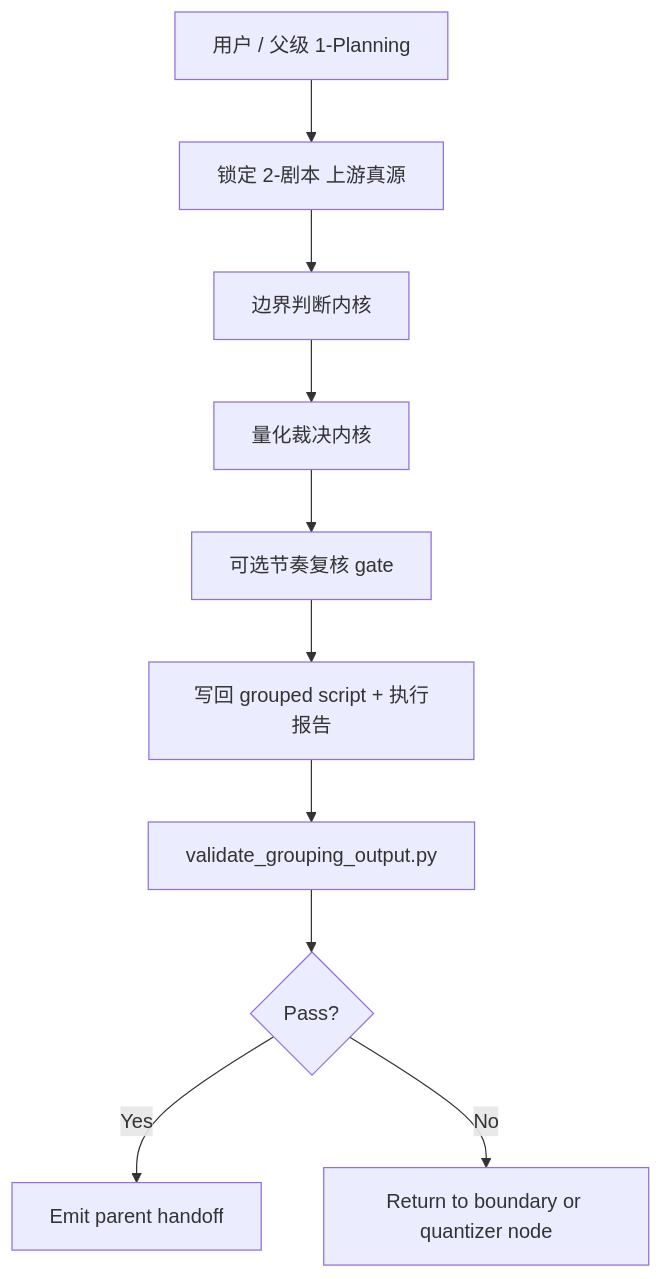
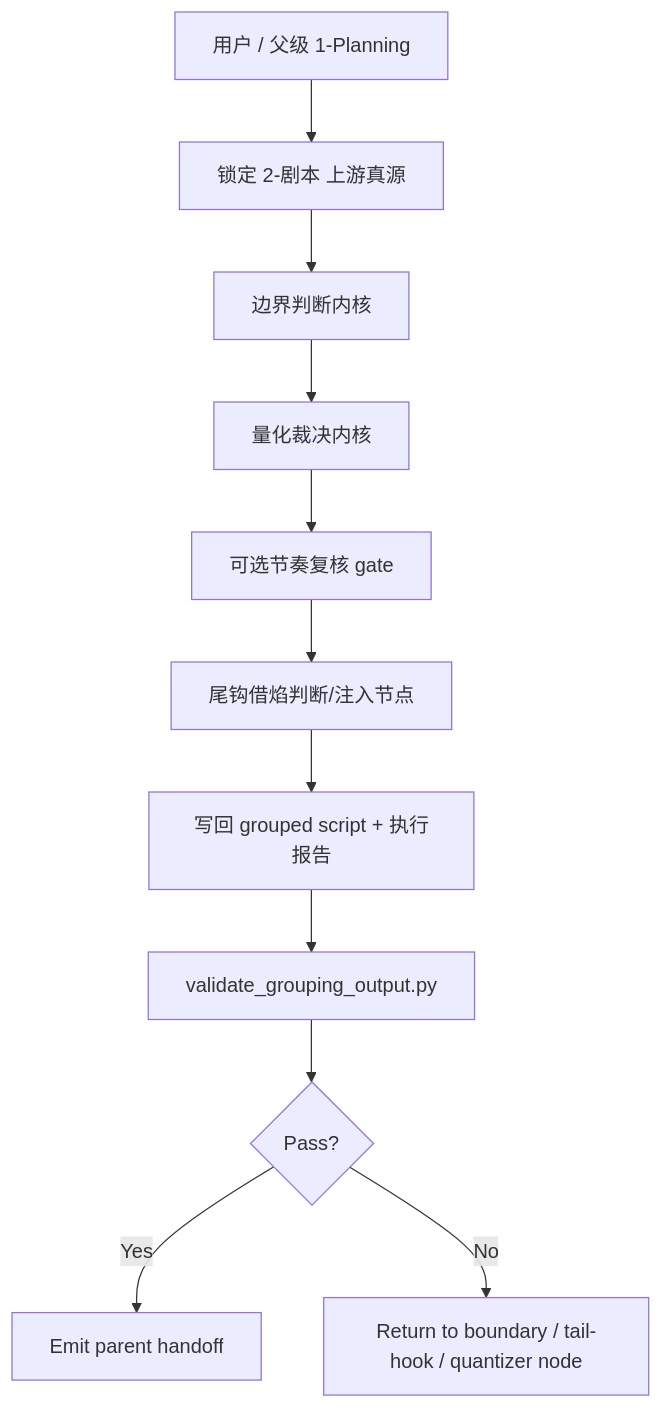
Before and after one commit to ZEN-VOID/AI-CUT: the first of 3 diagrams in .agents/skills/aigc/1-Planning/3-分组/SKILL.md, drawn with Mermaid. The commit also changed other lines of this file and 259 other files, not shown here.

````diff
--- a/.agents/skills/aigc/1-Planning/3-分组/SKILL.md
+++ b/.agents/skills/aigc/1-Planning/3-分组/SKILL.md
@@ -51,12 +53,13 @@
 ```mermaid
 flowchart TD
     U["用户 / 父级 1-Planning"] --> A["锁定 2-剧本 上游真源"]
     A --> B["边界判断内核"]
     B --> C["量化裁决内核"]
     C --> D["可选节奏复核 gate"]
-    D --> E["写回 grouped script + 执行报告"]
-    E --> F["validate_grouping_output.py"]
-    F --> G{"Pass?"}
-    G -->|"Yes"| H["Emit parent handoff"]
-    G -->|"No"| I["Return to boundary or quantizer node"]
+    D --> E["尾钩借焰判断/注入节点"]
+    E --> F["写回 grouped script + 执行报告"]
+    F --> G["validate_grouping_output.py"]
+    G --> H{"Pass?"}
+    H -->|"Yes"| I["Emit parent handoff"]
+    H -->|"No"| J["Return to boundary / tail-hook / quantizer node"]
 ```
````
